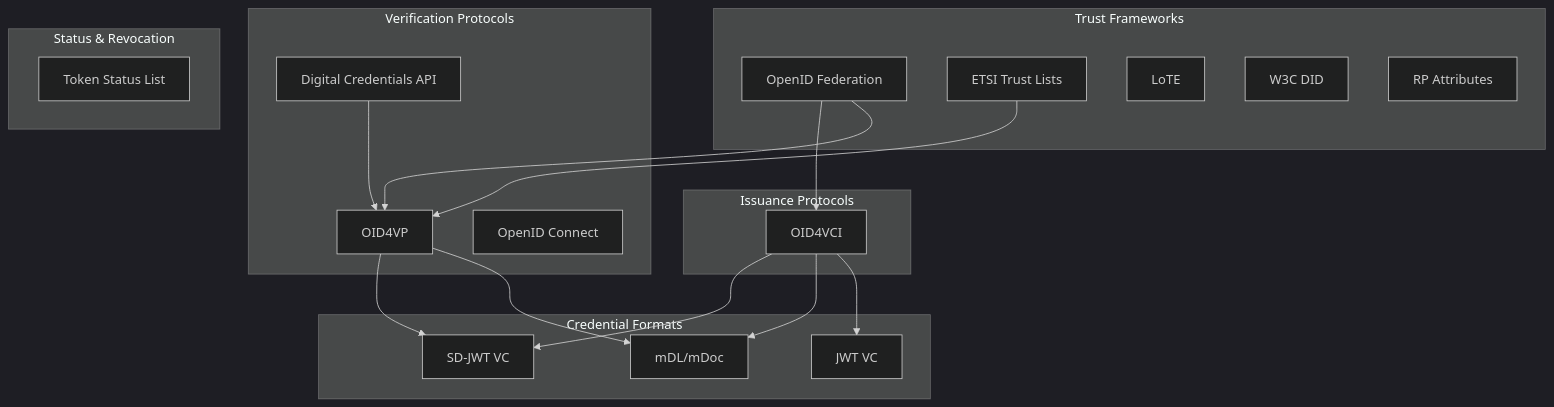
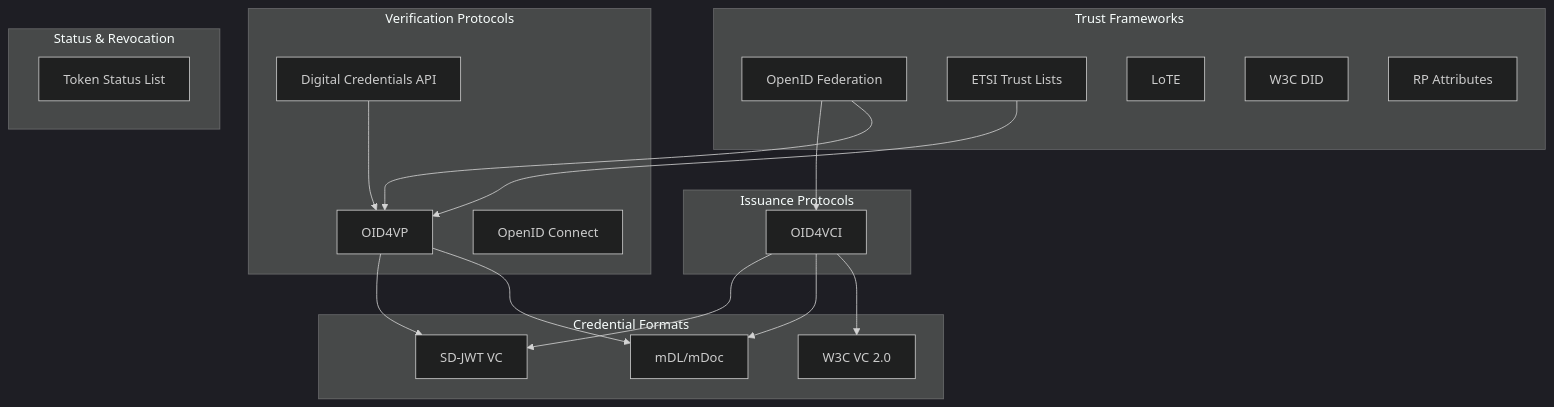
One commit to sirosfoundation/docs changed the diagram in docs/sirosid/reference/standards.md. Above: the diagram before and after it, drawn with Mermaid (dark theme). The commit also changed other lines of this file and 15 other files, not shown here.

````diff
--- a/docs/sirosid/reference/standards.md
+++ b/docs/sirosid/reference/standards.md
@@ -13,42 +13,42 @@
 ```mermaid
 flowchart TB
     subgraph "Credential Formats"
         SDJWT[SD-JWT VC]
         MDOC[mDL/mDoc]
-        JWTVC[JWT VC]
+        VC20[W3C VC 2.0]
     end
 
     subgraph "Issuance Protocols"
         OID4VCI[OID4VCI]
     end
 
     subgraph "Verification Protocols"
         OID4VP[OID4VP]
         DCAPI[Digital Credentials API]
         OIDC[OpenID Connect]
     end
 
     subgraph "Trust Frameworks"
         OIDF[OpenID Federation]
         TSL[ETSI Trust Lists]
         LOTE[LoTE]
         DID[W3C DID]
         RPATTR[RP Attributes]
     end
 
     subgraph "Status & Revocation"
         TSList[Token Status List]
     end
 
     OID4VCI --> SDJWT
     OID4VCI --> MDOC
-    OID4VCI --> JWTVC
+    OID4VCI --> VC20
 
     OID4VP --> SDJWT
     OID4VP --> MDOC
     DCAPI --> OID4VP
 
     OIDF --> OID4VCI
     OIDF --> OID4VP
     TSL --> OID4VP
 ```
````
